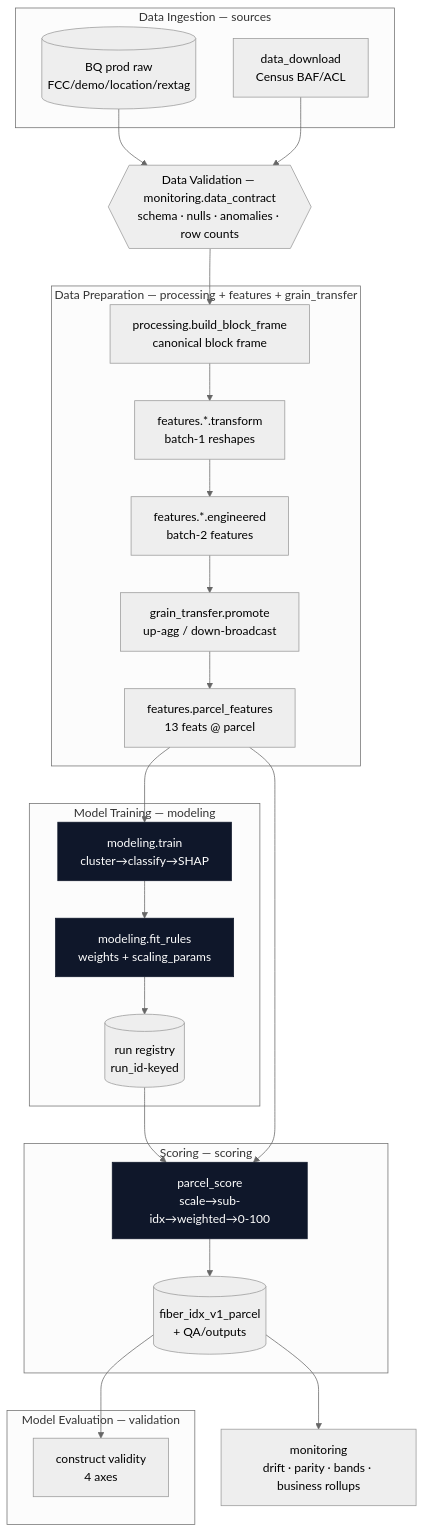
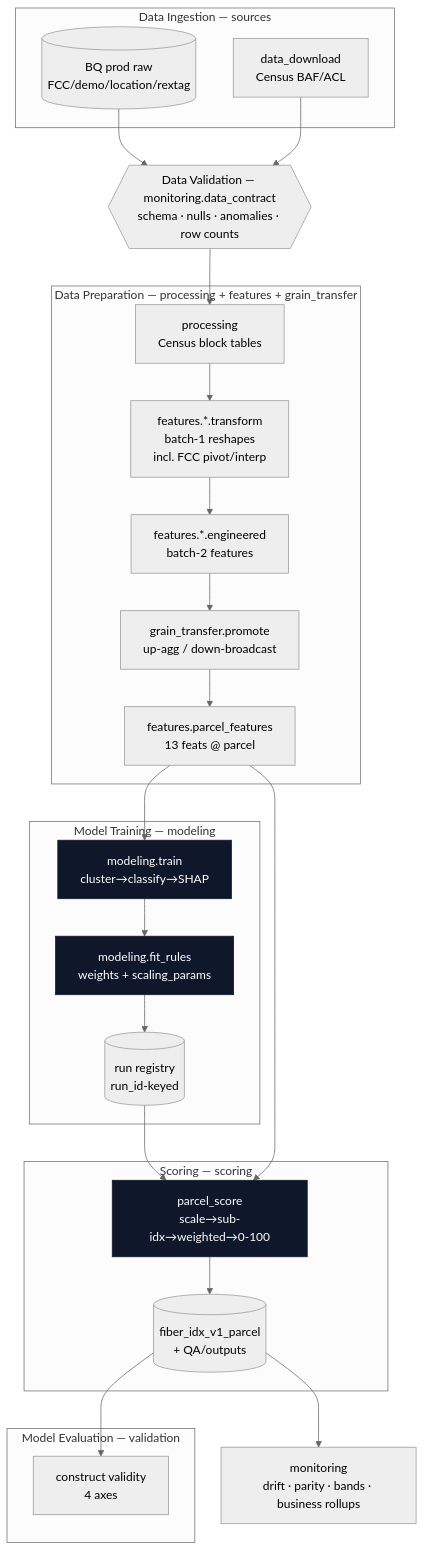
The second of 2 diagrams in docs/repo_structure.md (eprashar-clgx/network-idx), drawn with Mermaid (neutral theme) before and after one commit. The commit also changed other lines of this file and 1 other file, not shown here.

Commit message:
updated architecture docs

````diff
--- a/docs/repo_structure.md
+++ b/docs/repo_structure.md
@@ -134,37 +131,37 @@
 ```mermaid
 flowchart TD
     subgraph INGEST["Data Ingestion — sources"]
         BQ[(BQ prod raw<br/>FCC/demo/location/rextag)]
         DL[data_download<br/>Census BAF/ACL]
     end
     GATE{{Data Validation — monitoring.data_contract<br/>schema · nulls · anomalies · row counts}}
     subgraph PREP["Data Preparation — processing + features + grain_transfer"]
-        PROC[processing.build_block_frame<br/>canonical block frame]
-        FT[features.*.transform<br/>batch-1 reshapes]
+        PROC[processing<br/>Census block tables]
+        FT[features.*.transform<br/>batch-1 reshapes<br/>incl. FCC pivot/interp]
         FE[features.*.engineered<br/>batch-2 features]
         GTn[grain_transfer.promote<br/>up-agg / down-broadcast]
         PF[features.parcel_features<br/>13 feats @ parcel]
     end
     subgraph TRAIN["Model Training — modeling"]
         TR[modeling.train<br/>cluster→classify→SHAP]
         FR[modeling.fit_rules<br/>weights + scaling_params]
         REG[(run registry<br/>run_id-keyed)]
     end
     subgraph EVAL["Model Evaluation — validation"]
         VAL[construct validity<br/>4 axes]
     end
     subgraph SCOREG["Scoring — scoring"]
         SC[parcel_score<br/>scale→sub-idx→weighted→0-100]
         OUT[(fiber_idx_v1_parcel<br/>+ QA/outputs)]
     end
     MON[monitoring<br/>drift · parity · bands · business rollups]
 
     BQ & DL --> GATE --> PROC --> FT --> FE --> GTn --> PF
     PF --> TR --> FR --> REG
     REG --> SC
     PF --> SC --> OUT
     OUT --> MON
     OUT --> VAL
     classDef deep fill:#0f172a,color:#fff,stroke:#0f172a;
     class TR,FR,SC deep
 ```
````
